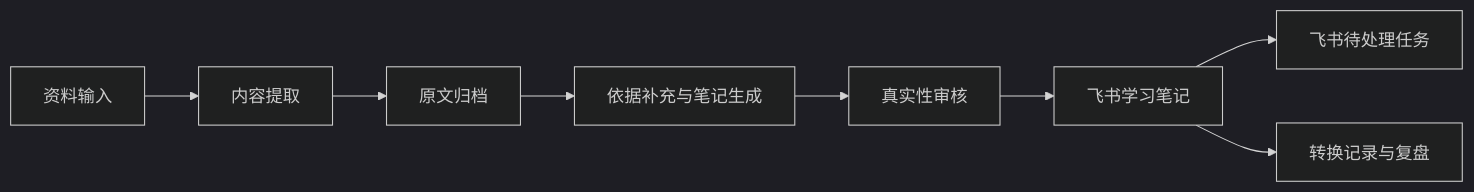
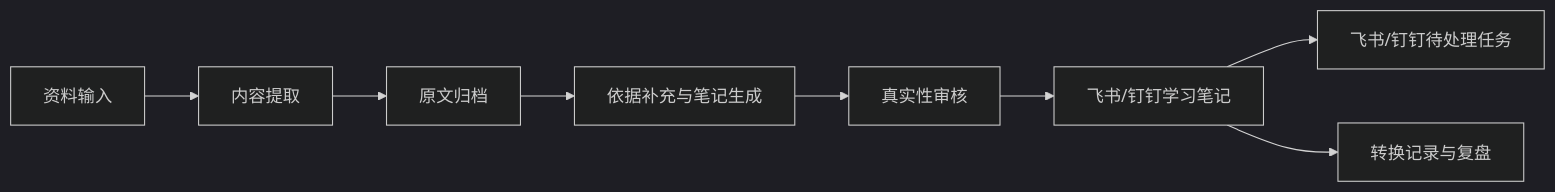
Before and after one commit to guangquan123/media-notes-workbench: the first of 3 diagrams in README.md, drawn with Mermaid (dark theme). The commit also changed other lines of this file, not shown here.

````diff
--- a/README.md
+++ b/README.md
@@ -21,10 +22,10 @@
 ```mermaid
 flowchart LR
     A[资料输入] --> B[内容提取]
     B --> C[原文归档]
     C --> D[依据补充与笔记生成]
     D --> E[真实性审核]
-    E --> F[飞书学习笔记]
-    F --> G[飞书待处理任务]
+    E --> F[飞书/钉钉学习笔记]
+    F --> G[飞书/钉钉待处理任务]
     F --> H[转换记录与复盘]
 ```
````
